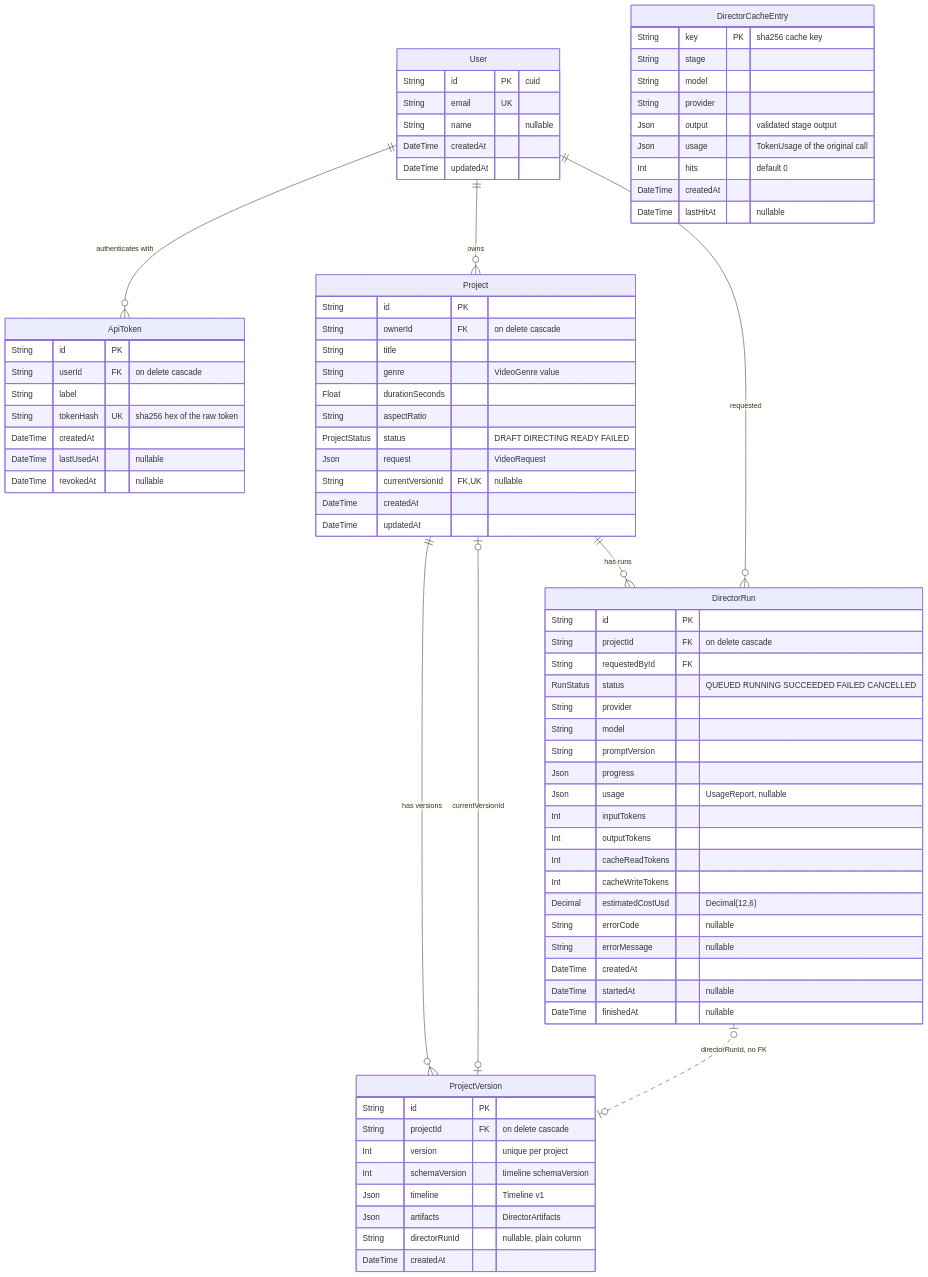
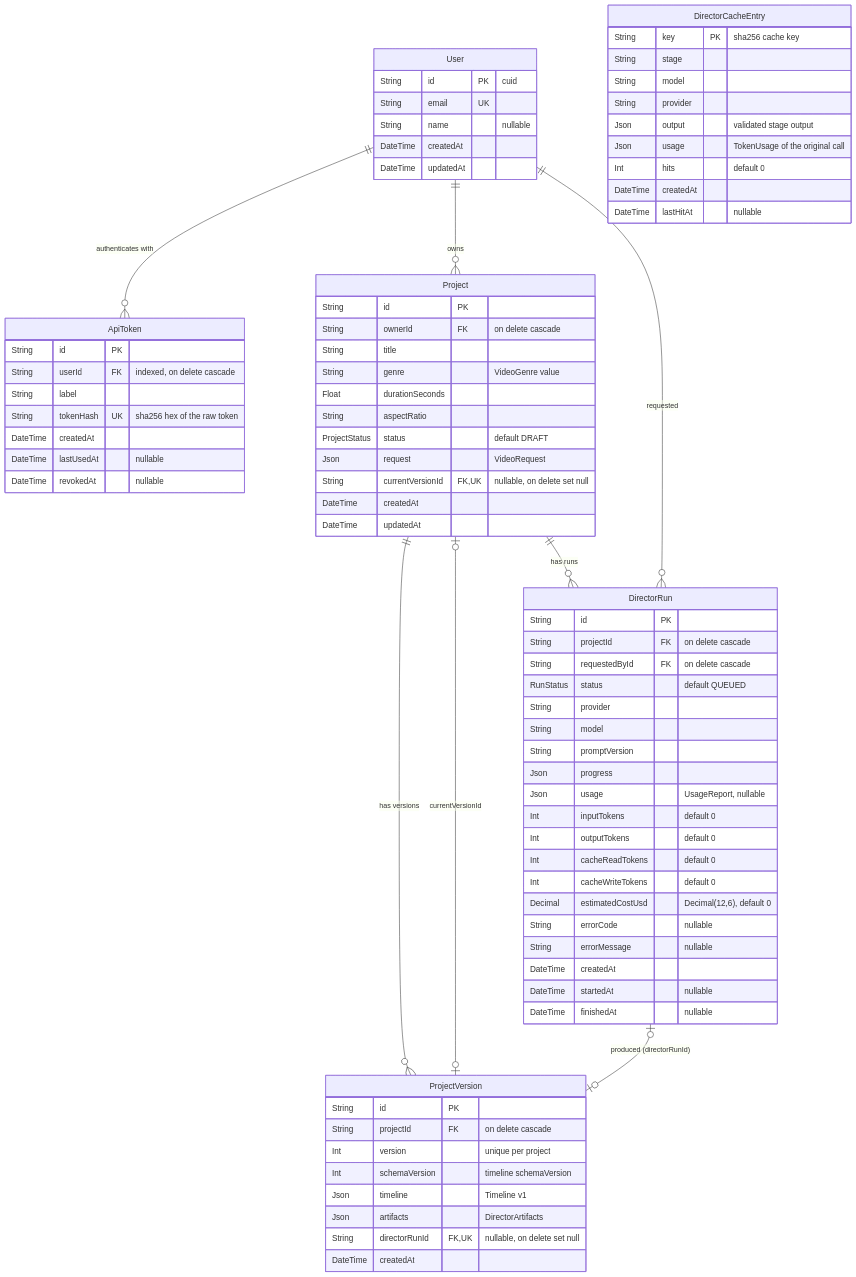
The first of 4 diagrams in docs/DATABASE.md (Gokulraj002/Video-Creation), drawn with Mermaid before and after one commit. The commit also changed other lines of this file and 1 other file, not shown here.

First line of the commit message:
docs: architecture (system, containers, director pipeline, run sequence) and database

````diff
--- a/docs/DATABASE.md
+++ b/docs/DATABASE.md
@@ -38,82 +39,82 @@
 ```mermaid
 erDiagram
   User ||--o{ ApiToken : "authenticates with"
   User ||--o{ Project : "owns"
   User ||--o{ DirectorRun : "requested"
   Project ||--o{ ProjectVersion : "has versions"
   Project |o--o| ProjectVersion : "currentVersionId"
   Project ||--o{ DirectorRun : "has runs"
-  DirectorRun |o..o| ProjectVersion : "directorRunId, no FK"
+  DirectorRun |o--o| ProjectVersion : "produced (directorRunId)"
 
   User {
     String id PK "cuid"
     String email UK
     String name "nullable"
     DateTime createdAt
     DateTime updatedAt
   }
   ApiToken {
     String id PK
-    String userId FK "on delete cascade"
+    String userId FK "indexed, on delete cascade"
     String label
     String tokenHash UK "sha256 hex of the raw token"
     DateTime createdAt
     DateTime lastUsedAt "nullable"
     DateTime revokedAt "nullable"
   }
   Project {
     String id PK
     String ownerId FK "on delete cascade"
     String title
     String genre "VideoGenre value"
     Float durationSeconds
     String aspectRatio
-    ProjectStatus status "DRAFT DIRECTING READY FAILED"
+    ProjectStatus status "default DRAFT"
     Json request "VideoRequest"
-    String currentVersionId FK, UK "nullable"
+    String currentVersionId FK, UK "nullable, on delete set null"
     DateTime createdAt
     DateTime updatedAt
   }
   ProjectVersion {
     String id PK
     String projectId FK "on delete cascade"
     Int version "unique per project"
     Int schemaVersion "timeline schemaVersion"
     Json timeline "Timeline v1"
     Json artifacts "DirectorArtifacts"
-    String directorRunId "nullable, plain column"
+    String directorRunId FK, UK "nullable, on delete set null"
     DateTime createdAt
   }
   DirectorRun {
     String id PK
     String projectId FK "on delete cascade"
-    String requestedById FK
-    RunStatus status "QUEUED RUNNING SUCCEEDED FAILED CANCELLED"
+    String requestedById FK "on delete cascade"
+    RunStatus status "default QUEUED"
     String provider
     String model
     String promptVersion
     Json progress
     Json usage "UsageReport, nullable"
-    Int inputTokens
-    Int outputTokens
-    Int cacheReadTokens
-    Int cacheWriteTokens
-    Decimal estimatedCostUsd "Decimal(12,6)"
+    Int inputTokens "default 0"
+    Int outputTokens "default 0"
+    Int cacheReadTokens "default 0"
+    Int cacheWriteTokens "default 0"
+    Decimal estimatedCostUsd "Decimal(12,6), default 0"
     String errorCode "nullable"
     String errorMessage "nullable"
     DateTime createdAt
     DateTime startedAt "nullable"
     DateTime finishedAt "nullable"
   }
   DirectorCacheEntry {
     String key PK "sha256 cache key"
     String stage
     String model
     String provider
     Json output "validated stage output"
     Json usage "TokenUsage of the original call"
     Int hits "default 0"
     DateTime createdAt
     DateTime lastHitAt "nullable"
   }
 ```
````
